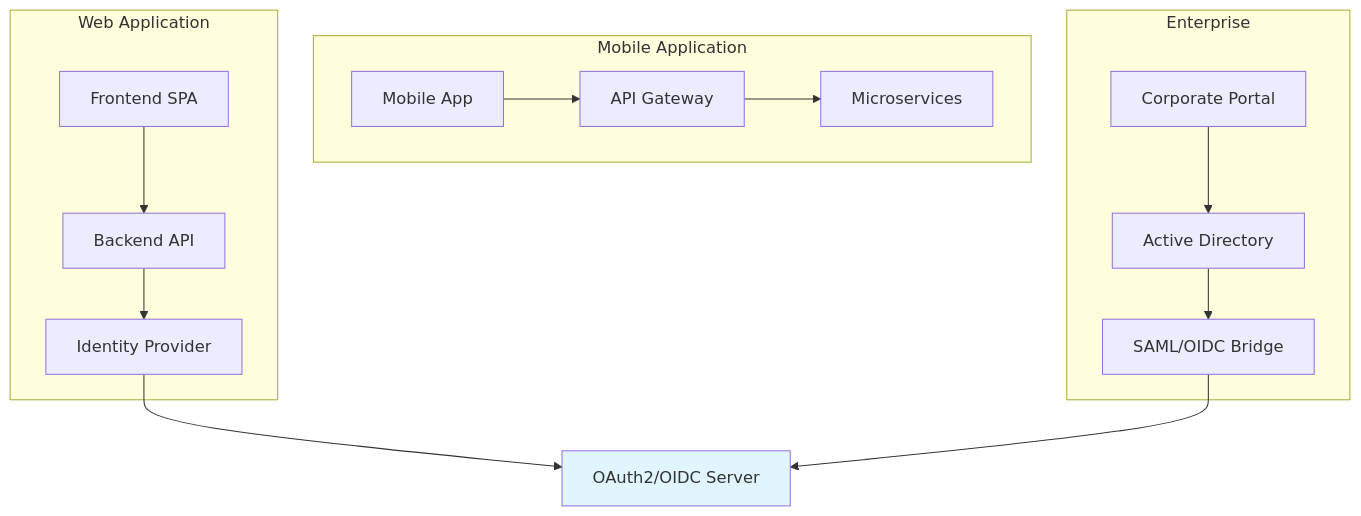
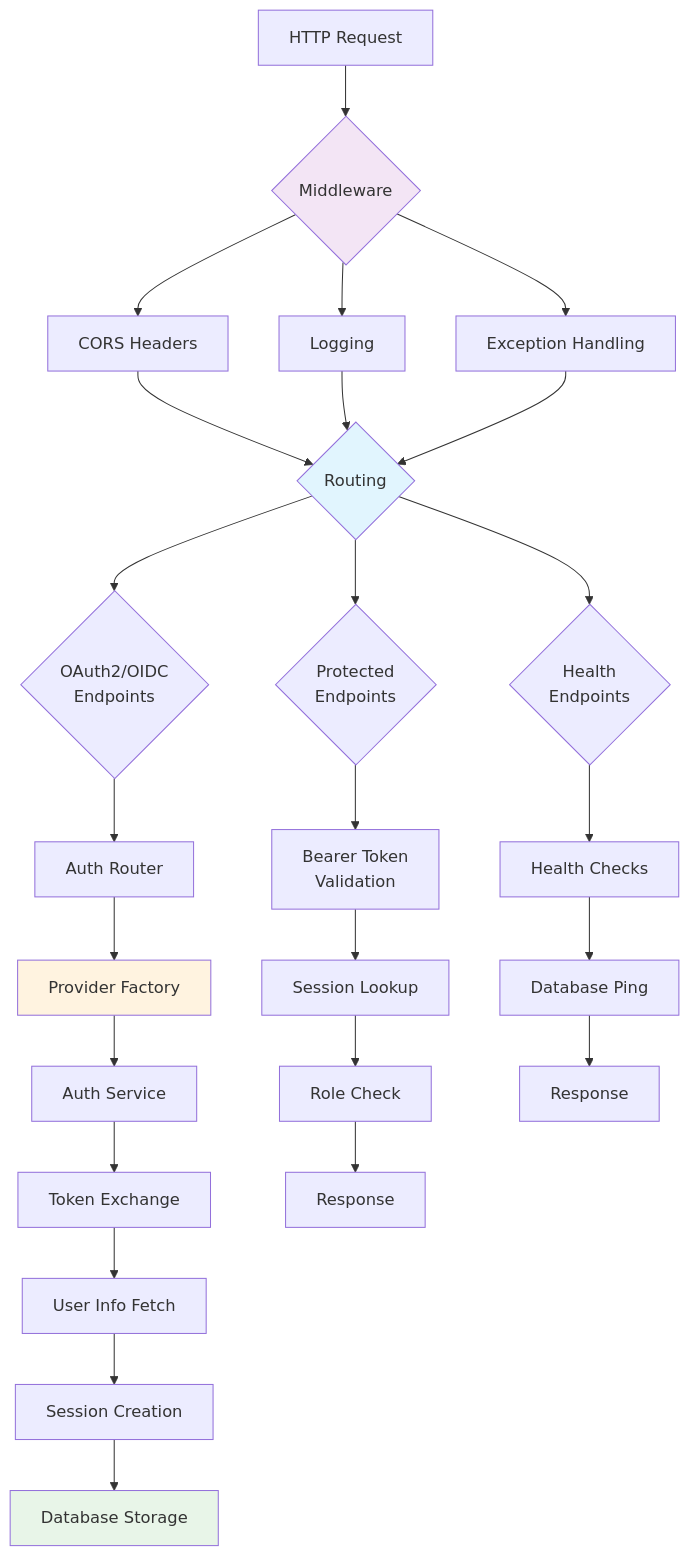
Diagram 11 of 12 in README.md (ArunN07/oidc_oauth2_implementation), drawn with Mermaid before and after one commit. The commit also changed other lines of this file and 12 other files, not shown here.

````diff
--- a/README.md
+++ b/README.md
@@ -1019,32 +449,37 @@
 ```mermaid
-graph TB
-    subgraph "Web Application"
-        A[Frontend SPA]
-        B[Backend API]
-        C[Identity Provider]
-    end
-    
-    subgraph "Mobile Application"
-        D[Mobile App]
-        E[API Gateway]
-        F[Microservices]
-    end
-    
-    subgraph "Enterprise"
-        G[Corporate Portal]
-        H[Active Directory]
-        I[SAML/OIDC Bridge]
-    end
-    
-    A --> B
-    B --> C
-    D --> E
+flowchart TD
+    A[HTTP Request] --> B{Middleware}
+    B --> C[CORS Headers]
+    B --> D[Logging]
+    B --> E[Exception Handling]
+
+    C --> F{Routing}
+    D --> F
     E --> F
-    G --> H
-    H --> I
-    
-    C --> J[OAuth2/OIDC Server]
-    I --> J
-    
-    style J fill:#e1f5fe
+
+    F --> G{OAuth2/OIDC<br/>Endpoints}
+    F --> H{Protected<br/>Endpoints}
+    F --> I{Health<br/>Endpoints}
+
+    G --> J[Auth Router]
+    J --> K[Provider Factory]
+    K --> L[Auth Service]
+    L --> M[Token Exchange]
+    M --> N[User Info Fetch]
+    N --> O[Session Creation]
+    O --> P[Database Storage]
+
+    H --> Q[Bearer Token<br/>Validation]
+    Q --> R[Session Lookup]
+    R --> S[Role Check]
+    S --> T[Response]
+
+    I --> U[Health Checks]
+    U --> V[Database Ping]
+    V --> W[Response]
+
+    style B fill:#f3e5f5
+    style F fill:#e1f5fe
+    style K fill:#fff3e0
+    style P fill:#e8f5e8
 ```
````
